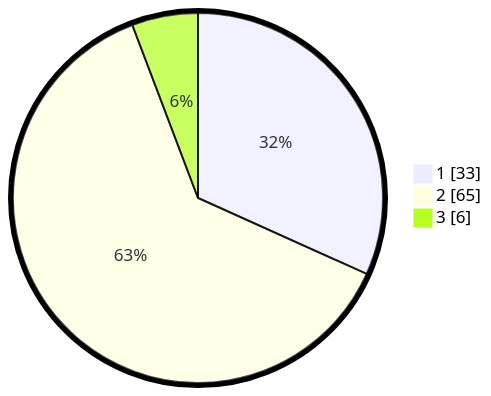
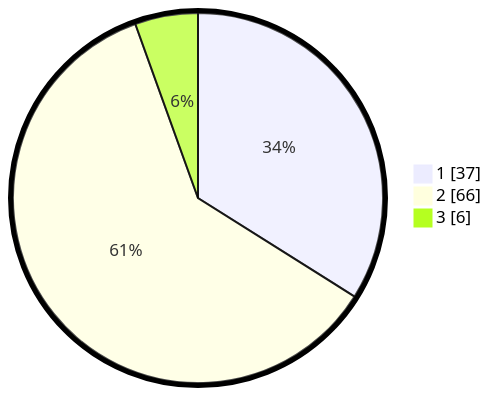
The second of 2 diagrams in pilpres/hitung-suara/sub/52-nusa-tenggara-barat/sub/01-lombok-barat/sub/03-narmada/sub/2007-sedau/sub/010-tps/README.md (gigit-pemilu/pemilu-2024-52-nusa-tenggara-barat), drawn with Mermaid before and after one commit. The commit also changed other lines of this file and 721 other files, not shown here.

````diff
--- a/pilpres/hitung-suara/sub/52-nusa-tenggara-barat/sub/01-lombok-barat/sub/03-narmada/sub/2007-sedau/sub/010-tps/README.md
+++ b/pilpres/hitung-suara/sub/52-nusa-tenggara-barat/sub/01-lombok-barat/sub/03-narmada/sub/2007-sedau/sub/010-tps/README.md
@@ -13,7 +13,7 @@
 ```mermaid
 %%{init: {"pie": {"textPosition": 0.5}, "themeVariables": {"pieOuterStrokeWidth": "5px"}} }%%
 pie showData
-    "1" : 33
-    "2" : 65
+    "1" : 37
+    "2" : 66
     "3" : 6
 ```
````
